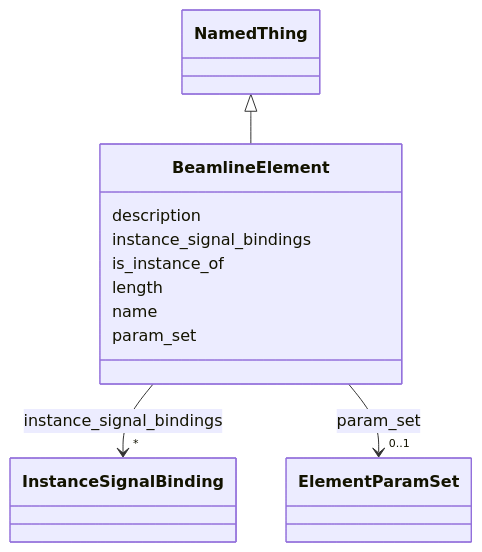
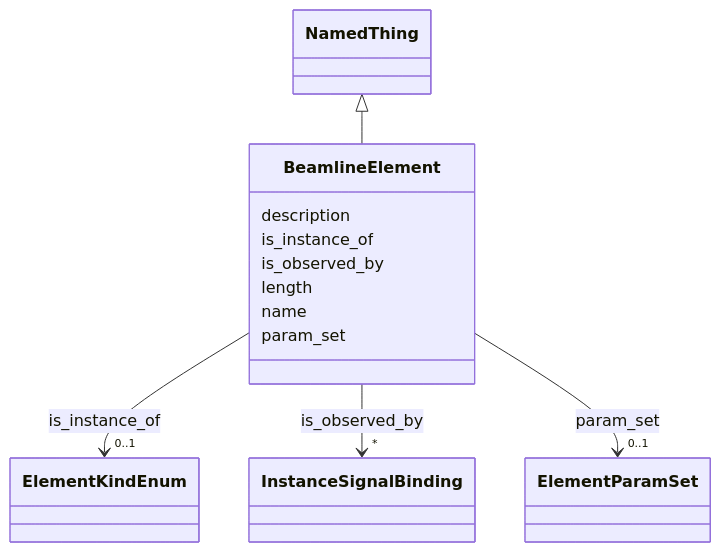
The diagram in docs/elements/BeamlineElement.md (pals-project/pals-facility-config), drawn with Mermaid before and after one commit. The commit also changed other lines of this file and 133 other files, not shown here.

Commit message:
Updated documentation, project files, pydantic defintion, and the schema to correctly represent the relationships in the NARAD schema/ontology

````diff
--- a/docs/elements/BeamlineElement.md
+++ b/docs/elements/BeamlineElement.md
@@ -18,39 +18,48 @@
 ```mermaid
  classDiagram
     class BeamlineElement
     click BeamlineElement href "../BeamlineElement/"
       NamedThing <|-- BeamlineElement
         click NamedThing href "../NamedThing/"
       
       BeamlineElement : description
         
-      BeamlineElement : instance_signal_bindings
+      BeamlineElement : is_instance_of
         
           
     
         
         
-        BeamlineElement --> "*" InstanceSignalBinding : instance_signal_bindings
+        BeamlineElement --> "0..1" ElementKindEnum : is_instance_of
+        click ElementKindEnum href "../ElementKindEnum/"
+    
+
+        
+      BeamlineElement : is_observed_by
+        
+          
+    
+        
+        
+        BeamlineElement --> "*" InstanceSignalBinding : is_observed_by
         click InstanceSignalBinding href "../InstanceSignalBinding/"
     
 
-        
-      BeamlineElement : is_instance_of
         
       BeamlineElement : length
         
       BeamlineElement : name
         
       BeamlineElement : param_set
         
           
     
         
         
         BeamlineElement --> "0..1" ElementParamSet : param_set
         click ElementParamSet href "../ElementParamSet/"
     
 
         
       
 ```
````
